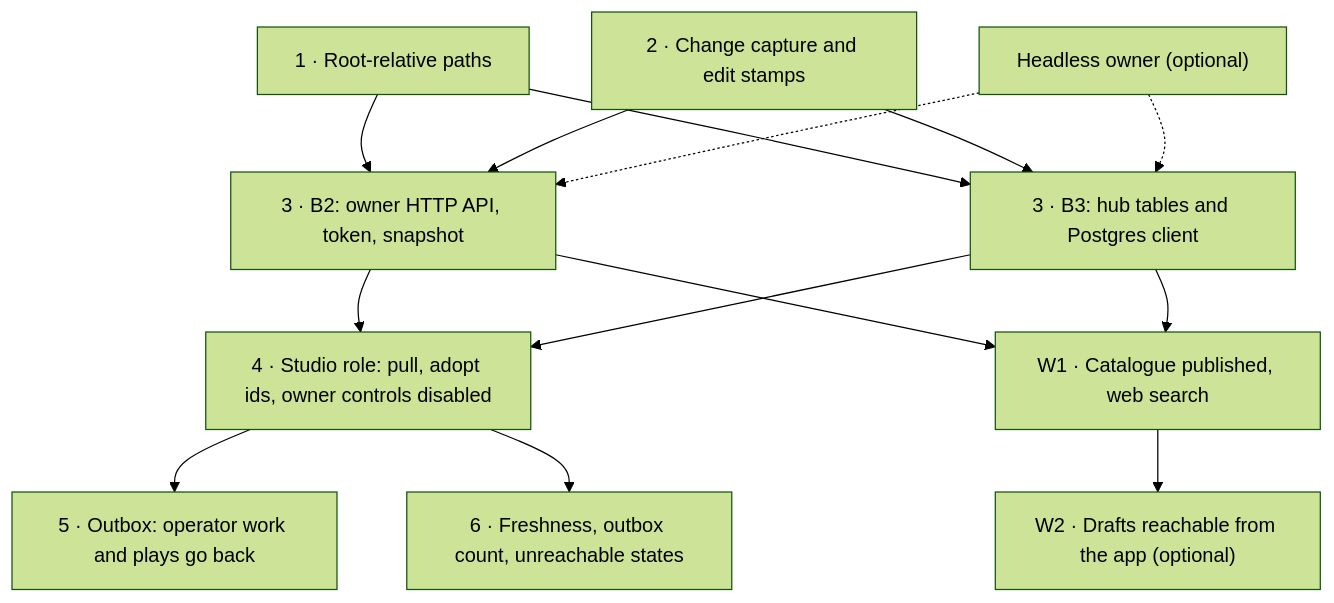
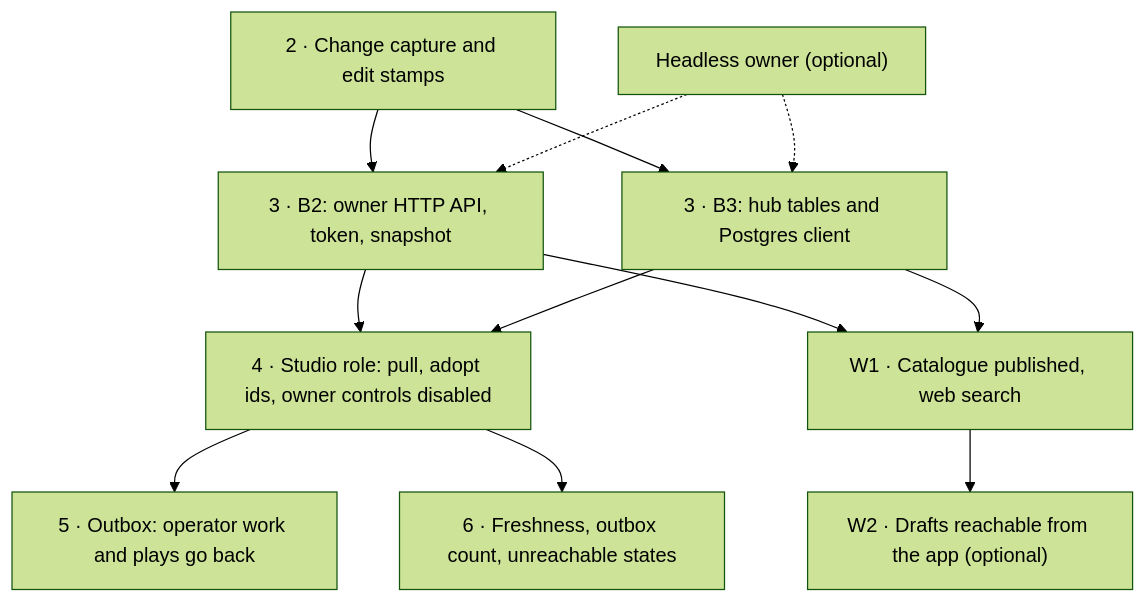
Before and after one commit to Arskah/radiodiodj: the fifth of 5 diagrams in docs/external-library.md, drawn with Mermaid (forest theme). The commit also changed other lines of this file and 23 other files, not shown here.

First line of the commit message:
feat(library): store track paths relative to their library path (#612)

````diff
--- a/docs/external-library.md
+++ b/docs/external-library.md
@@ -458,26 +462,23 @@
 ```mermaid
 flowchart TD
-  I1["1 · Root-relative paths"]
   I2["2 · Change capture and edit stamps"]
   I3a["3 · B2: owner HTTP API, token, snapshot"]
   I3b["3 · B3: hub tables and Postgres client"]
   I4["4 · Studio role: pull, adopt ids, owner controls disabled"]
   I5["5 · Outbox: operator work and plays go back"]
   I6["6 · Freshness, outbox count, unreachable states"]
   H["Headless owner (optional)"]
   W1["W1 · Catalogue published, web search"]
   W2["W2 · Drafts reachable from the app (optional)"]
-  I1 --> I3a
-  I1 --> I3b
   I2 --> I3a
   I2 --> I3b
   I3a --> I4
   I3b --> I4
   I4 --> I5
   I4 --> I6
   I3a --> W1
   I3b --> W1
   W1 --> W2
   H -.-> I3a
   H -.-> I3b
 ```
````
